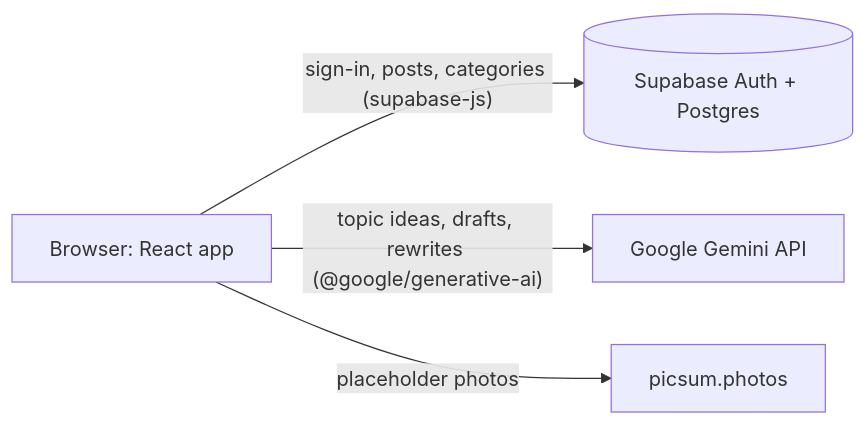
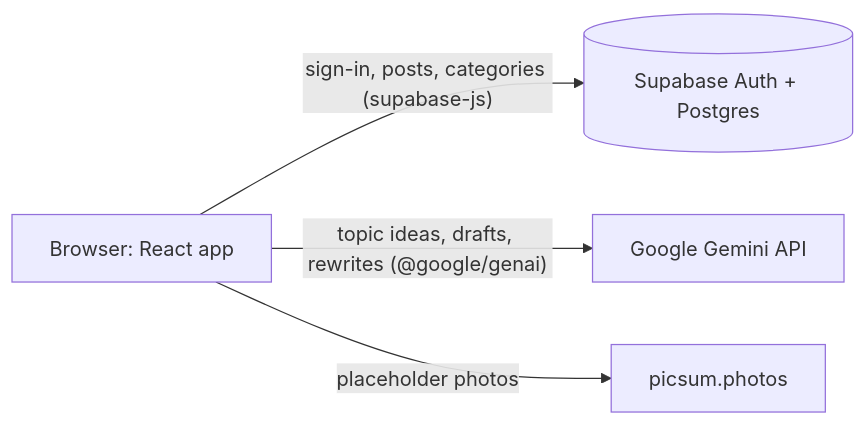
The diagram in README.md (hanshika0292/linkedin-content-planner), drawn with Mermaid before and after one commit. The commit also changed other lines of this file and 3 other files, not shown here.

````diff
--- a/README.md
+++ b/README.md
@@ -147,6 +149,6 @@
 ```mermaid
 flowchart LR
   B["Browser: React app"] -- "sign-in, posts, categories (supabase-js)" --> S[("Supabase Auth + Postgres")]
-  B -- "topic ideas, drafts, rewrites (@google/generative-ai)" --> G["Google Gemini API"]
+  B -- "topic ideas, drafts, rewrites (@google/genai)" --> G["Google Gemini API"]
   B -- "placeholder photos" --> P["picsum.photos"]
 ```
````
